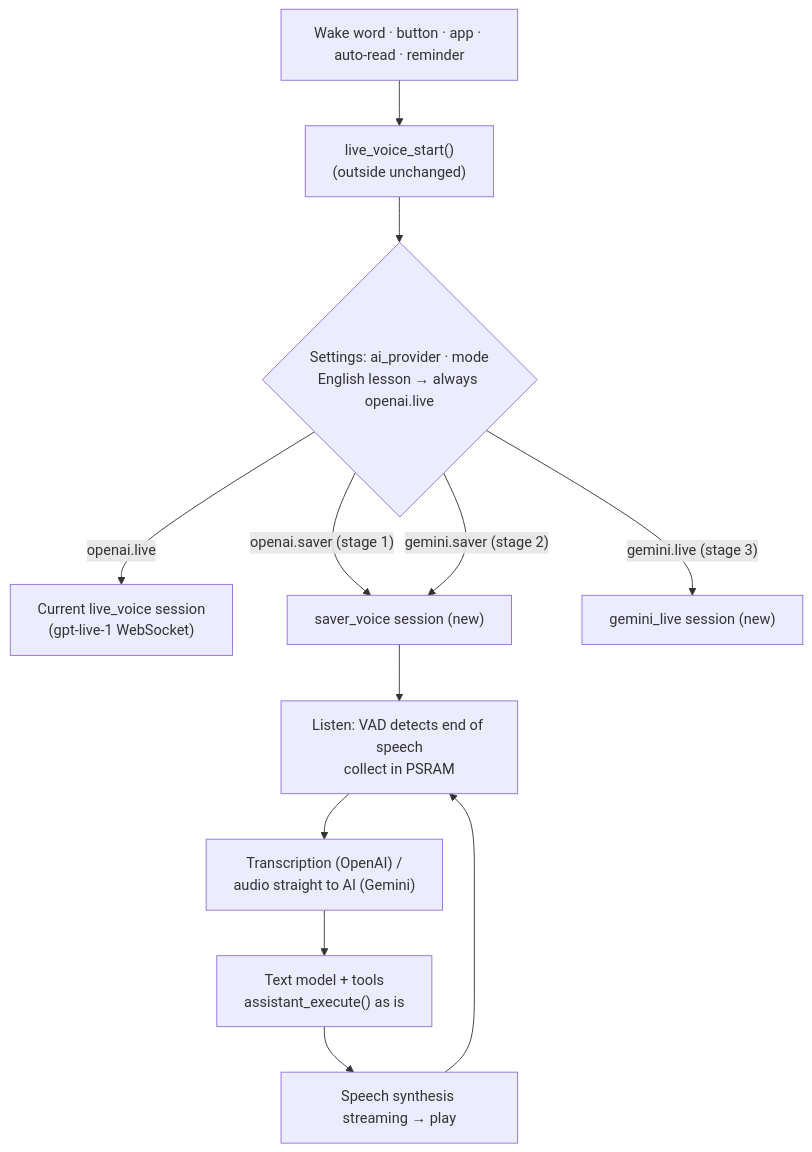
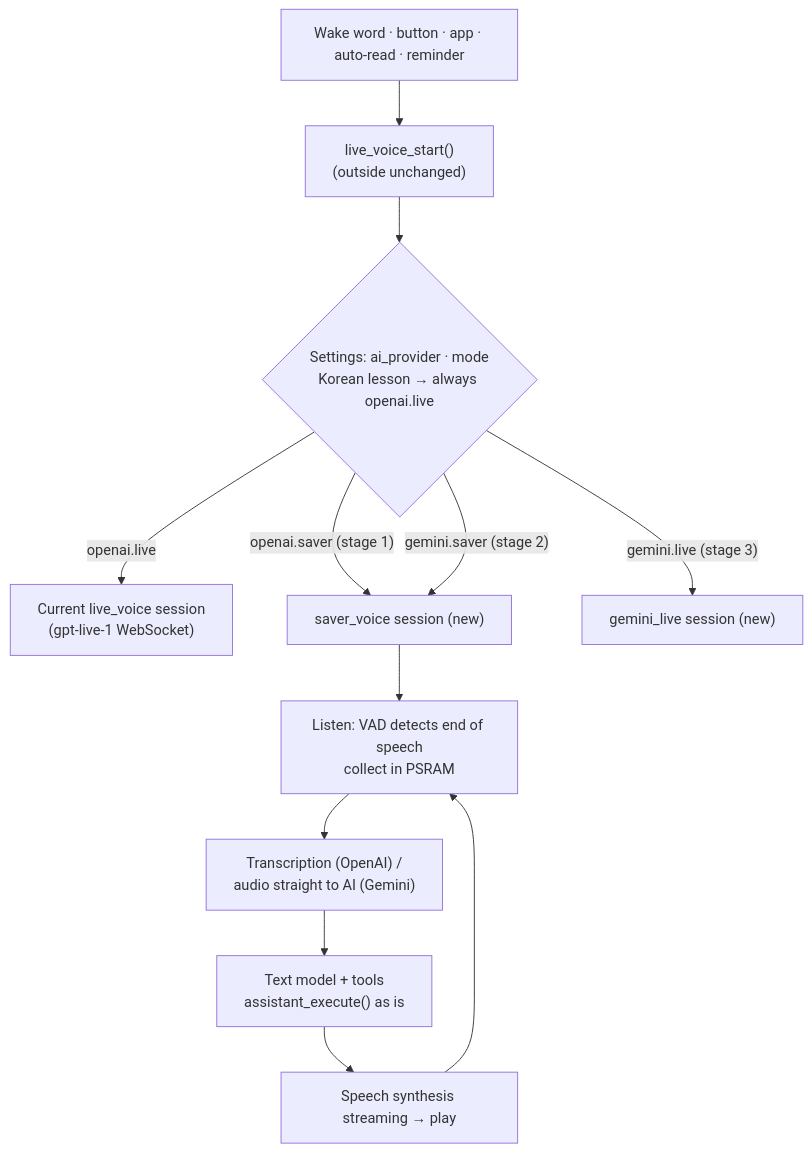
Before and after one commit to bumicklee/home-ai-speaker-Private-en: the second of 3 diagrams in docs/design-voice-saver-mode.md, drawn with Mermaid. The commit also changed other lines of this file and 38 other files, not shown here.

First line of the commit message:
English edition: Korean teacher mode and US radio presets

````diff
--- a/docs/design-voice-saver-mode.md
+++ b/docs/design-voice-saver-mode.md
@@ -301,14 +301,14 @@
 ```mermaid
 flowchart TD
     W["Wake word · button · app · auto-read · reminder"] --> VS["live_voice_start()<br/>(outside unchanged)"]
-    VS --> D{"Settings: ai_provider · mode<br/>English lesson → always openai.live"}
+    VS --> D{"Settings: ai_provider · mode<br/>Korean lesson → always openai.live"}
     D -- "openai.live" --> L["Current live_voice session<br/>(gpt-live-1 WebSocket)"]
     D -- "openai.saver (stage 1)" --> SV["saver_voice session (new)"]
     D -- "gemini.saver (stage 2)" --> SV
     D -- "gemini.live (stage 3)" --> GL["gemini_live session (new)"]
     SV --> P1["Listen: VAD detects end of speech<br/>collect in PSRAM"]
     P1 --> P2["Transcription (OpenAI) /<br/>audio straight to AI (Gemini)"]
     P2 --> P3["Text model + tools<br/>assistant_execute() as is"]
     P3 --> P4["Speech synthesis streaming → play"]
     P4 --> P1
 ```
````
